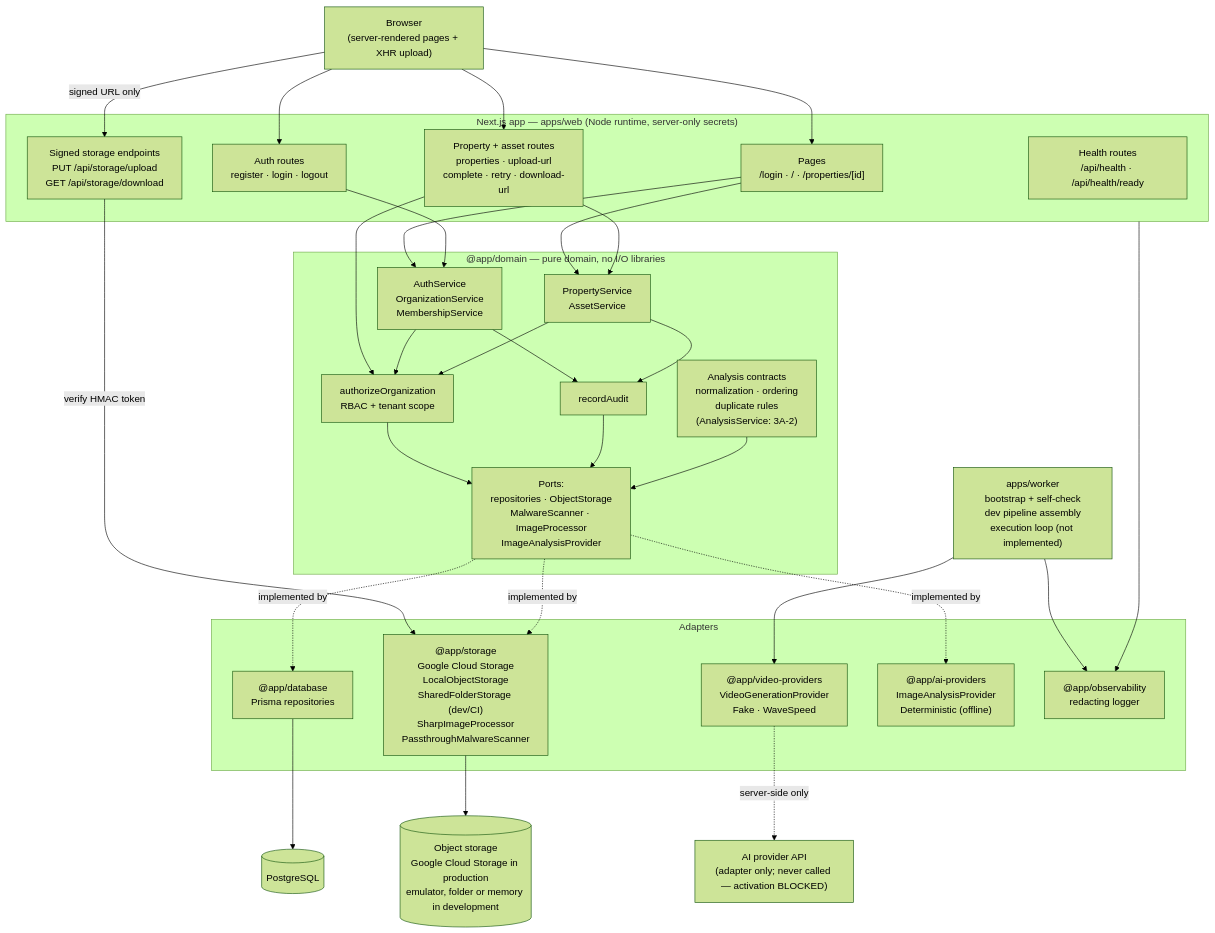
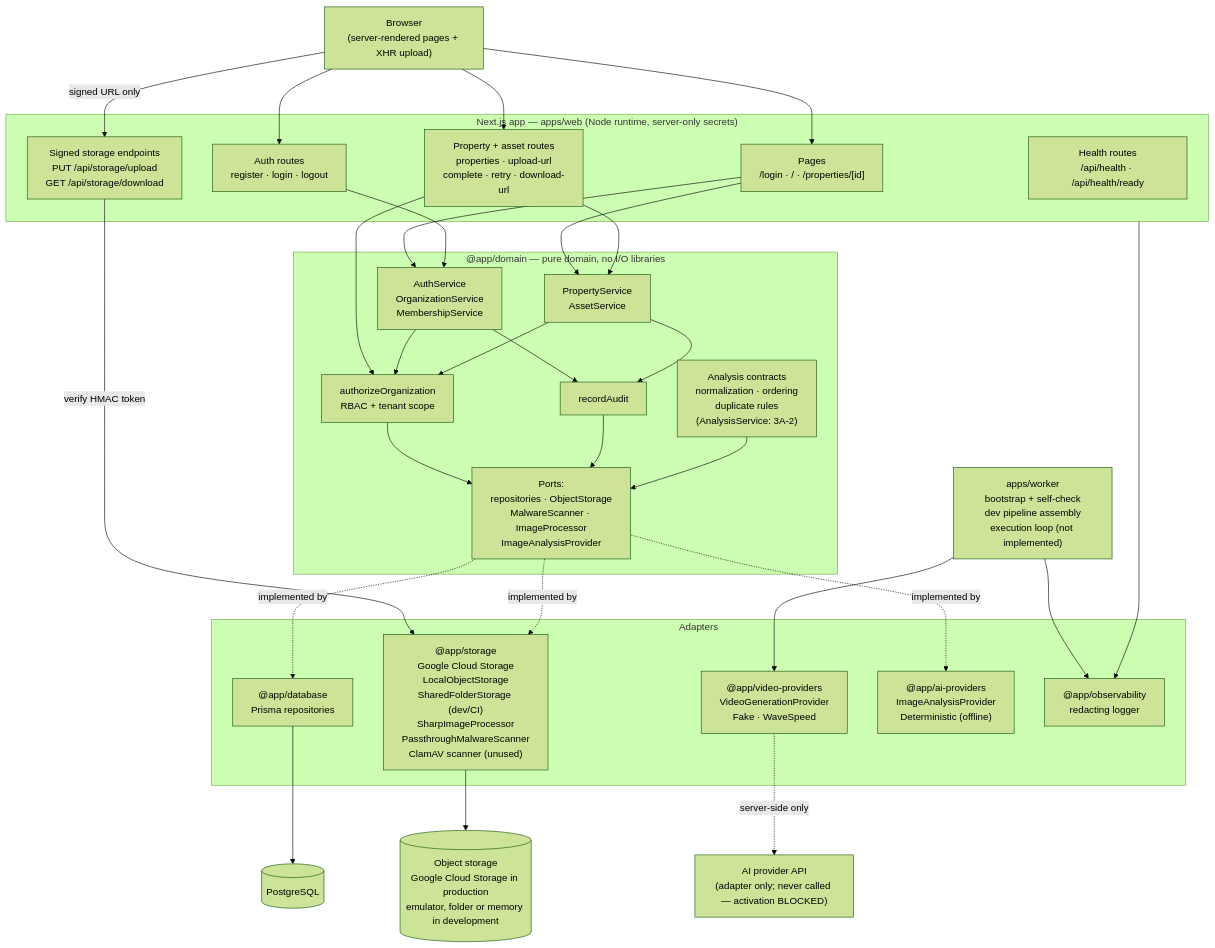
The diagram in docs/architecture.md (TakeTouhu/Real-Estate-Listing-Concept-Video), drawn with Mermaid (forest theme) before and after one commit. The commit also changed other lines of this file and 21 other files, not shown here.

First line of the commit message:
RD-5a: the ClamAV scanner (ADR-0163)

````diff
--- a/docs/architecture.md
+++ b/docs/architecture.md
@@ -12,66 +12,66 @@
 ```mermaid
 flowchart TB
   browser["Browser<br/>(server-rendered pages + XHR upload)"]
 
   subgraph web["Next.js app — apps/web (Node runtime, server-only secrets)"]
     pages["Pages<br/>/login · / · /properties/[id]"]
     authapi["Auth routes<br/>register · login · logout"]
     propapi["Property + asset routes<br/>properties · upload-url<br/>complete · retry · download-url"]
     storageapi["Signed storage endpoints<br/>PUT /api/storage/upload<br/>GET /api/storage/download"]
     health["Health routes<br/>/api/health · /api/health/ready"]
   end
 
   subgraph domain["@app/domain — pure domain, no I/O libraries"]
     identitysvc["AuthService<br/>OrganizationService<br/>MembershipService"]
     propsvc["PropertyService<br/>AssetService"]
     anasvc["Analysis contracts<br/>normalization · ordering<br/>duplicate rules<br/>(AnalysisService: 3A-2)"]
     authz["authorizeOrganization<br/>RBAC + tenant scope"]
     audit["recordAudit"]
     ports["Ports:<br/>repositories · ObjectStorage<br/>MalwareScanner · ImageProcessor<br/>ImageAnalysisProvider"]
   end
 
   subgraph adapters["Adapters"]
     db["@app/database<br/>Prisma repositories"]
-    store["@app/storage<br/>Google Cloud Storage<br/>LocalObjectStorage<br/>SharedFolderStorage (dev/CI)<br/>SharpImageProcessor<br/>PassthroughMalwareScanner"]
+    store["@app/storage<br/>Google Cloud Storage<br/>LocalObjectStorage<br/>SharedFolderStorage (dev/CI)<br/>SharpImageProcessor<br/>PassthroughMalwareScanner<br/>ClamAV scanner (unused)"]
     vp["@app/video-providers<br/>VideoGenerationProvider<br/>Fake · WaveSpeed"]
     aip["@app/ai-providers<br/>ImageAnalysisProvider<br/>Deterministic (offline)"]
     obs["@app/observability<br/>redacting logger"]
   end
 
   pg[("PostgreSQL")]
   objects[("Object storage<br/>Google Cloud Storage in production<br/>emulator, folder or memory in development")]
   wavespeed["AI provider API<br/>(adapter only; never called — activation BLOCKED)"]
 
   worker["apps/worker<br/>bootstrap + self-check<br/>dev pipeline assembly<br/>execution loop (not implemented)"]
 
   browser --> pages
   browser --> authapi
   browser --> propapi
   browser -- "signed URL only" --> storageapi
 
   pages --> identitysvc
   pages --> propsvc
   authapi --> identitysvc
   propapi --> propsvc
   propapi --> authz
   storageapi -- "verify HMAC token" --> store
 
   identitysvc --> authz
   propsvc --> authz
   identitysvc --> audit
   propsvc --> audit
   authz --> ports
   audit --> ports
 
   ports -.implemented by.-> db
   ports -.implemented by.-> store
   ports -.implemented by.-> aip
   anasvc --> ports
 
   db --> pg
   store --> objects
   worker --> vp
   vp -.server-side only.-> wavespeed
   web --> obs
   worker --> obs
 ```
````
